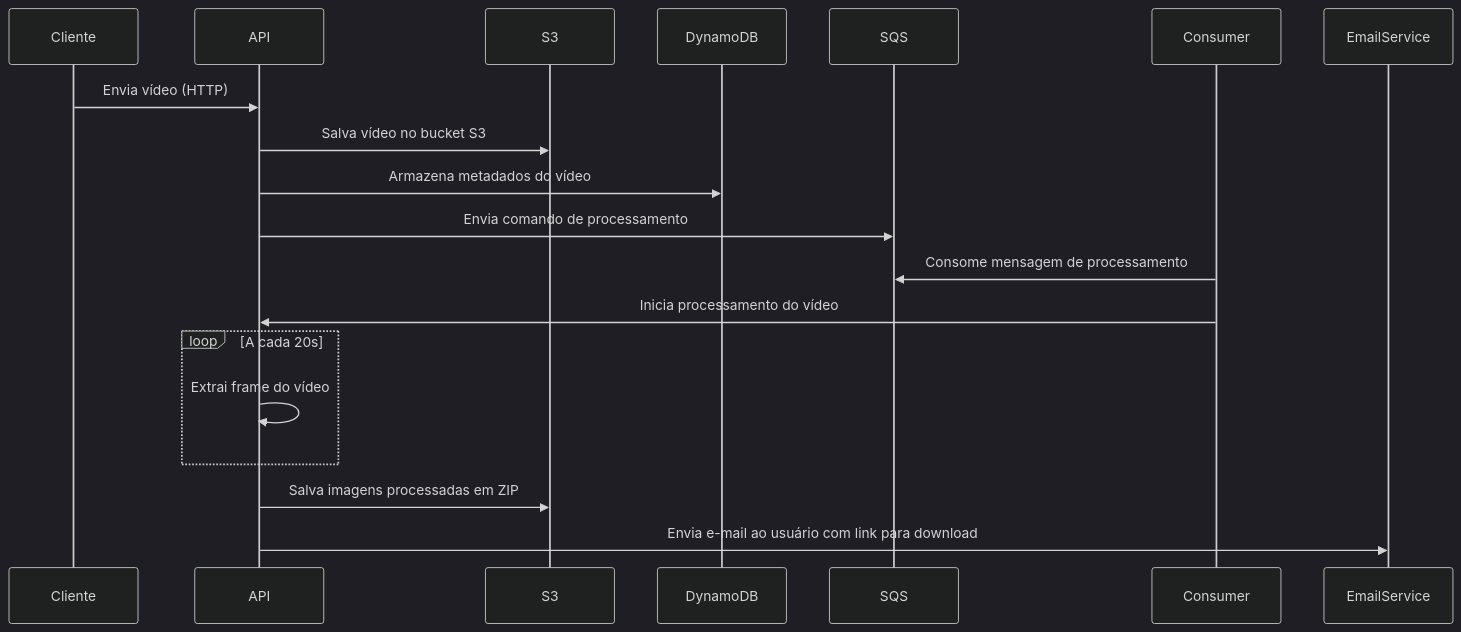
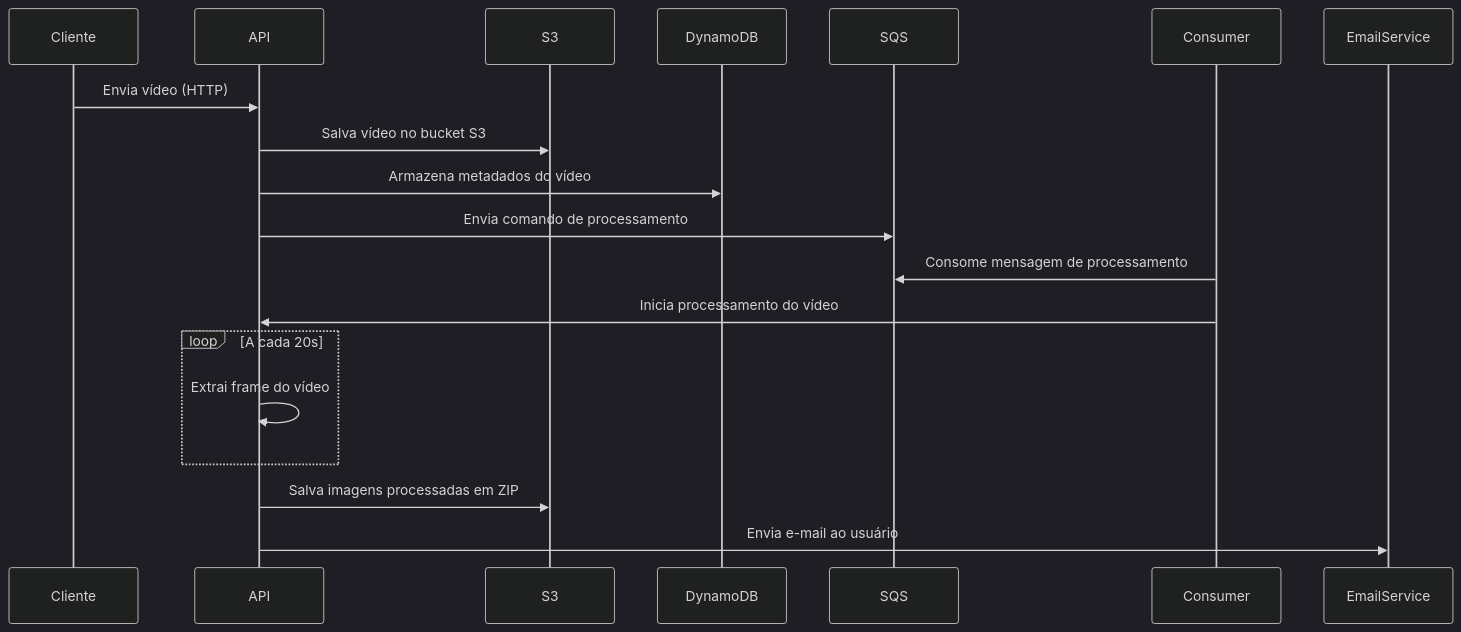
Before and after one commit to vhcleite/fiap-video-extractor: the diagram in readme.MD, drawn with Mermaid (dark theme).

Commit message:
add flowchart on readme.MD

````diff
--- a/readme.MD
+++ b/readme.MD
@@ -76,23 +68,23 @@
 ```mermaid
 sequenceDiagram
 participant Cliente
 participant API
 participant S3
 participant DynamoDB
 participant SQS
 participant Consumer
 participant EmailService
 
     Cliente->>API: Envia vídeo (HTTP)
     API->>S3: Salva vídeo no bucket S3
     API->>DynamoDB: Armazena metadados do vídeo
     API->>SQS: Envia comando de processamento
 
     Consumer->>SQS: Consome mensagem de processamento
     Consumer->>API: Inicia processamento do vídeo
     loop A cada 20s
         API->>API: Extrai frame do vídeo
     end
     API->>S3: Salva imagens processadas em ZIP
-    API->>EmailService: Envia e-mail ao usuário com link para download
+    API->>EmailService: Envia e-mail ao usuário
 ```
````
